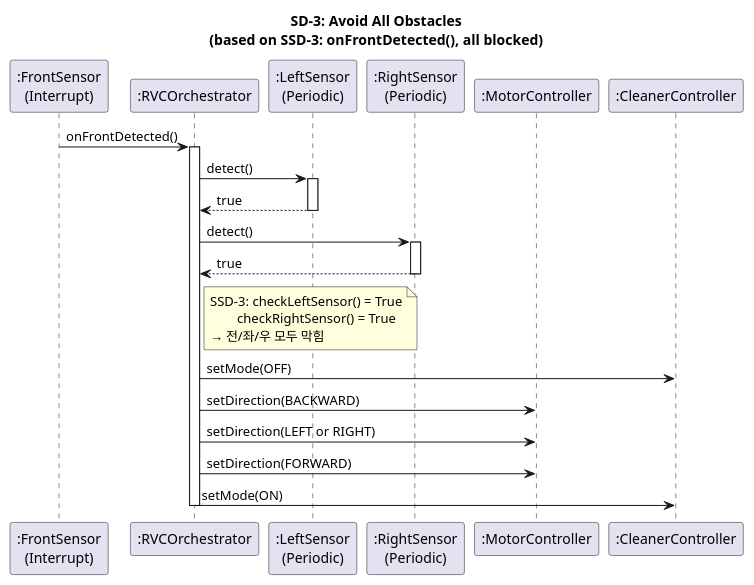
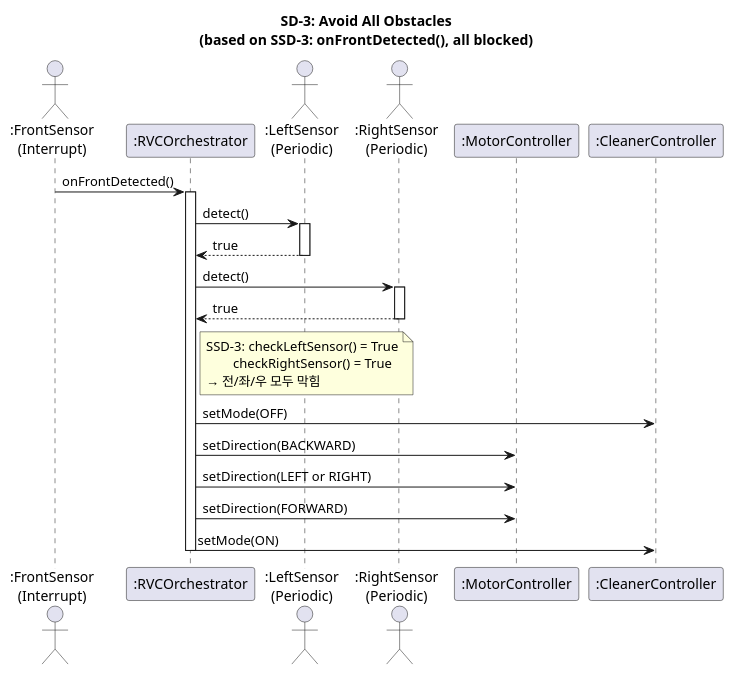
One commit to OOP-konkuk/CICD-Team7 changed the third of 4 diagrams in docs/vibe-coding/03-ood/sequence-diagrams.mdx. Above: the diagram before and after it, drawn with PlantUML. The commit also changed other lines of this file and 4 other files, not shown here.

````diff
--- a/docs/vibe-coding/03-ood/sequence-diagrams.mdx
+++ b/docs/vibe-coding/03-ood/sequence-diagrams.mdx
@@ -124,34 +124,34 @@
 ```plantuml
 @startuml SD3_AvoidAllObstacles
 title SD-3: Avoid All Obstacles\n(based on SSD-3: onFrontDetected(), all blocked)
 
-participant ":FrontSensor\n(Interrupt)" as FS
+actor ":FrontSensor\n(Interrupt)" as FS
 participant ":RVCOrchestrator" as Orch
-participant ":LeftSensor\n(Periodic)" as LS
-participant ":RightSensor\n(Periodic)" as RS
+actor ":LeftSensor\n(Periodic)" as LS
+actor ":RightSensor\n(Periodic)" as RS
 participant ":MotorController" as Motor
 participant ":CleanerController" as Cleaner
 
 FS -> Orch : onFrontDetected()
 activate Orch
 Orch -> LS : detect()
 activate LS
 LS --> Orch : true
 deactivate LS
 Orch -> RS : detect()
 activate RS
 RS --> Orch : true
 deactivate RS
 note right of Orch
   SSD-3: checkLeftSensor() = True
           checkRightSensor() = True
   → 전/좌/우 모두 막힘
 end note
 Orch -> Cleaner : setMode(OFF)
 Orch -> Motor : setDirection(BACKWARD)
 Orch -> Motor : setDirection(LEFT or RIGHT)
 Orch -> Motor : setDirection(FORWARD)
 Orch -> Cleaner : setMode(ON)
 deactivate Orch
 @enduml
 ```
````
